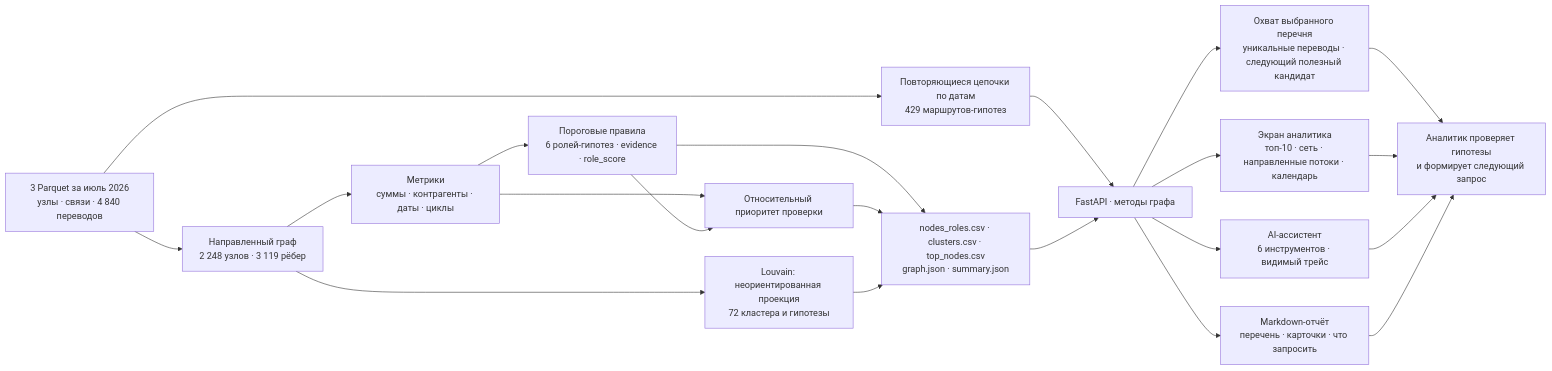
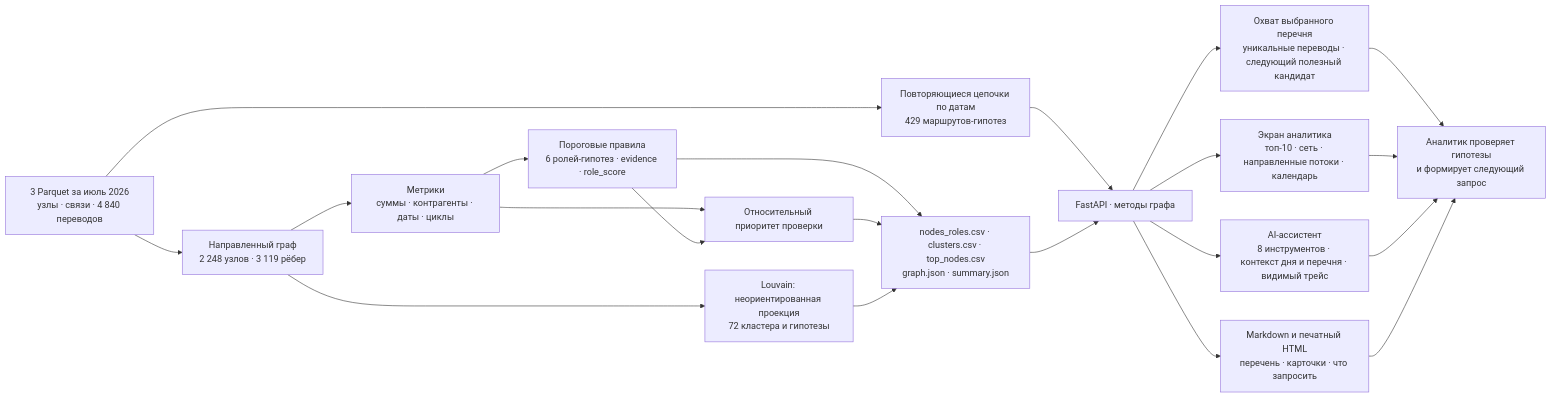
One commit to BAITC-Hacks/hack-b18c30d4-kazhydromet-ai changed the diagram in docs/SCHEME.md. Above: the diagram before and after it, drawn with Mermaid. The commit also changed other lines of this file and 19 other files, not shown here.

````diff
--- a/docs/SCHEME.md
+++ b/docs/SCHEME.md
@@ -3,23 +3,23 @@
 ```mermaid
 flowchart LR
     A[3 Parquet за июль 2026<br/>узлы · связи · 4 840 переводов] --> B[Направленный граф<br/>2 248 узлов · 3 119 рёбер]
     B --> C[Метрики<br/>суммы · контрагенты · даты · циклы]
     C --> D[Пороговые правила<br/>6 ролей-гипотез · evidence · role_score]
     C --> P[Относительный приоритет проверки]
     D --> P
     B --> L[Louvain: неориентированная проекция<br/>72 кластера и гипотезы]
     D --> O[nodes_roles.csv · clusters.csv · top_nodes.csv<br/>graph.json · summary.json]
     A --> X[Повторяющиеся цепочки по датам<br/>429 маршрутов-гипотез]
     X --> F
     P --> O
     L --> O
     O --> F[FastAPI · методы графа]
     F --> U[Экран аналитика<br/>топ-10 · сеть · направленные потоки · календарь]
-    F --> I[AI-ассистент<br/>6 инструментов · видимый трейс]
-    F --> R[Markdown-отчёт<br/>перечень · карточки · что запросить]
+    F --> I[AI-ассистент<br/>8 инструментов · контекст дня и перечня · видимый трейс]
+    F --> R[Markdown и печатный HTML<br/>перечень · карточки · что запросить]
     F --> V[Охват выбранного перечня<br/>уникальные переводы · следующий полезный кандидат]
     V --> H
     U --> H[Аналитик проверяет гипотезы<br/>и формирует следующий запрос]
     I --> H
     R --> H
 ```
````
